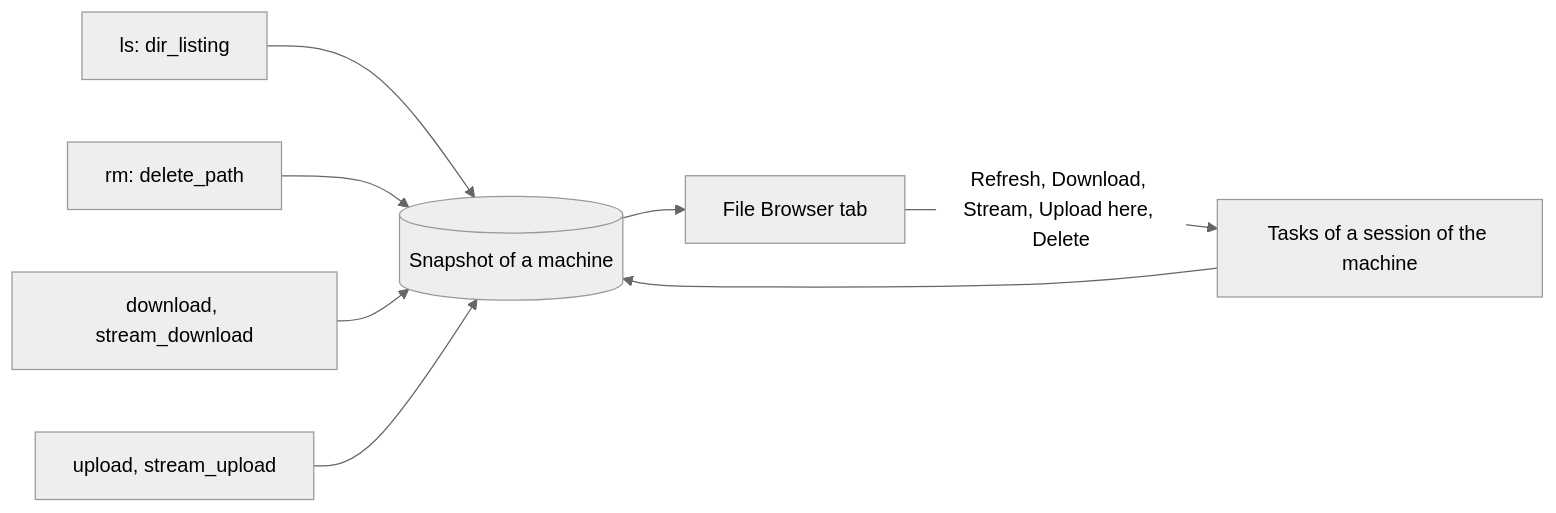
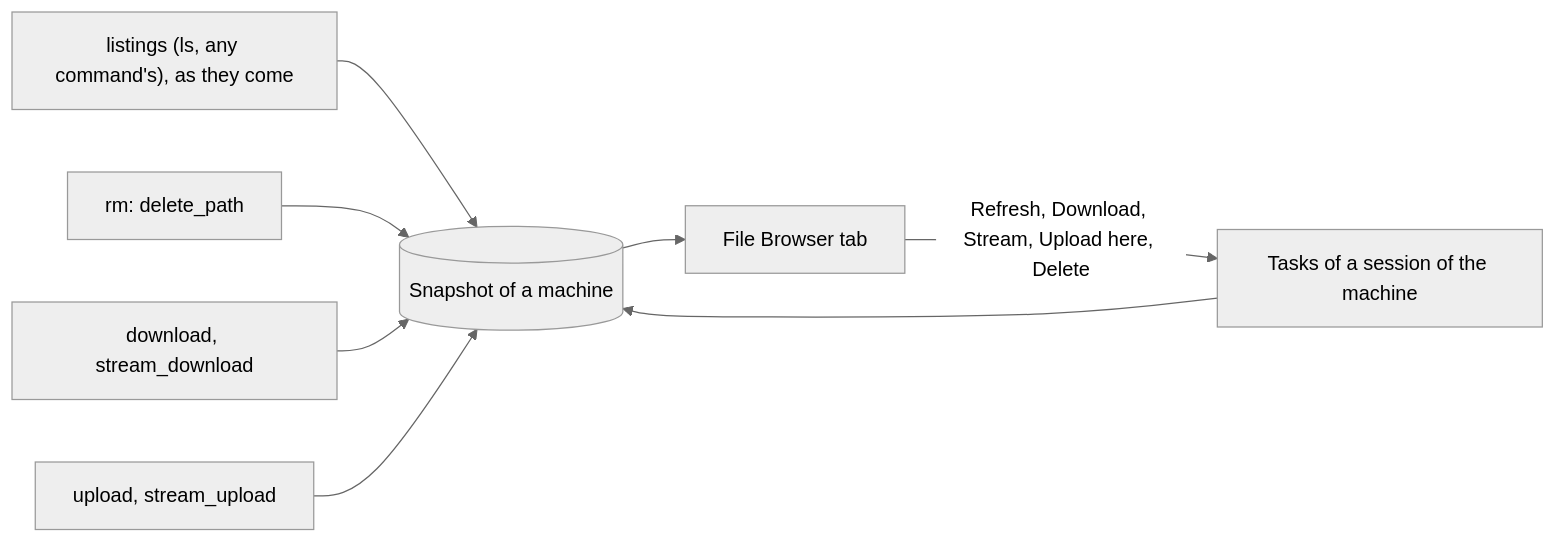
One commit to LogosCore/logos-docs changed the diagram in src/content/docs/contracts/file-browser.md. Above: the diagram before and after it, drawn with Mermaid (neutral theme). The commit also changed other lines of this file and 2 other files, not shown here.

First line of the commit message:
Listings: a task's view of the file system, on its result parts

````diff
--- a/src/content/docs/contracts/file-browser.md
+++ b/src/content/docs/contracts/file-browser.md
@@ -11,10 +11,10 @@
 ```mermaid
 flowchart LR
-    LS[ls: dir_listing] --> S[(Snapshot of a machine)]
+    LS["listings (ls, any command's), as they come"] --> S[(Snapshot of a machine)]
     RM[rm: delete_path] --> S
     DL[download, stream_download] --> S
     UP[upload, stream_upload] --> S
     S --> FB[File Browser tab]
     FB -- "Refresh, Download, Stream, Upload here, Delete" --> T[Tasks of a session of the machine]
     T --> S
 ```
````
